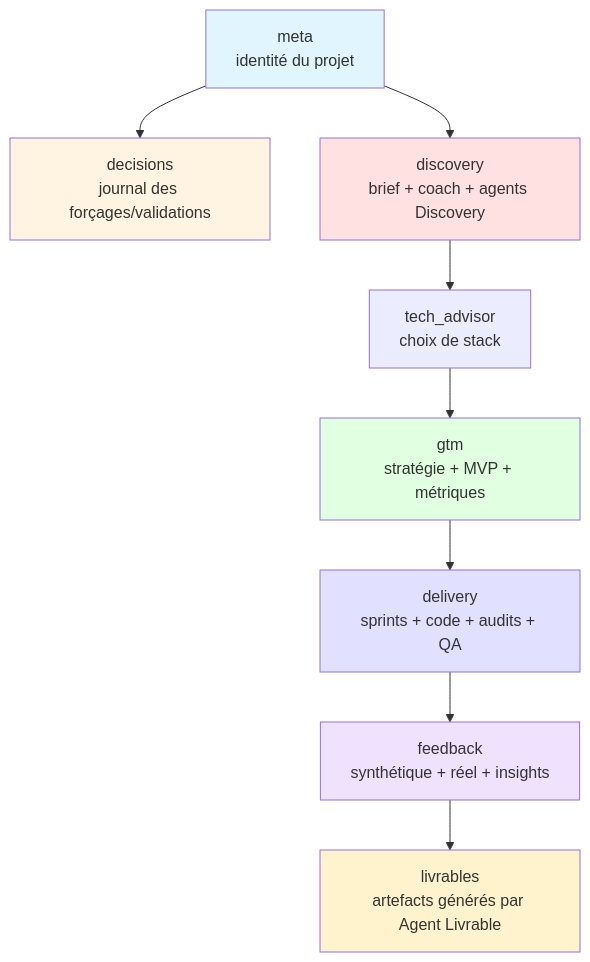
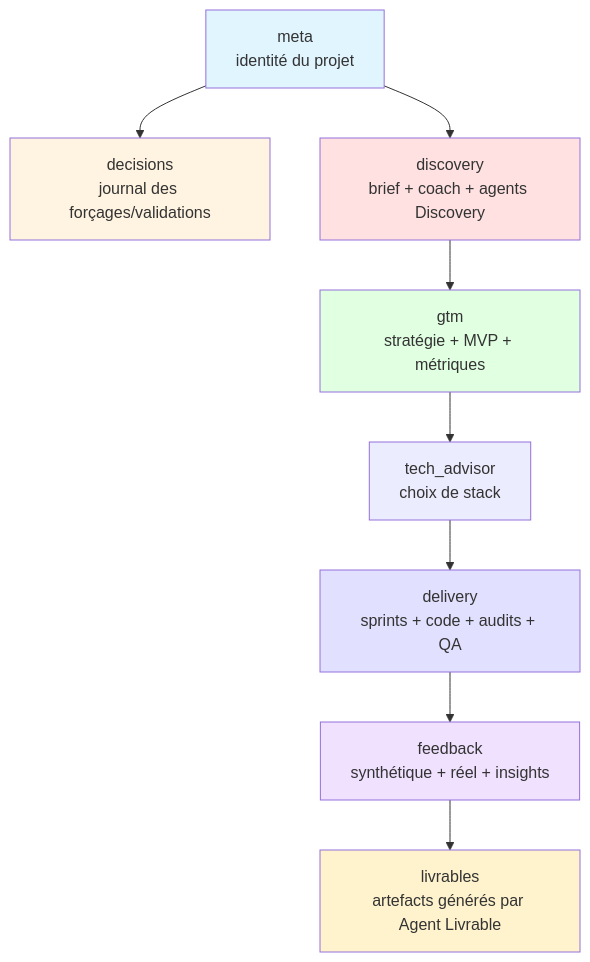
The diagram in canvas/README.md (VincentG32/solo-builder-ai), drawn with Mermaid before and after one commit. The commit also changed other lines of this file and 16 other files, not shown here.

````diff
--- a/canvas/README.md
+++ b/canvas/README.md
@@ -23,18 +23,18 @@
 ```mermaid
 flowchart TD
     A[meta<br/>identité du projet] --> B[decisions<br/>journal des forçages/validations]
     A --> C[discovery<br/>brief + coach + agents Discovery]
-    C --> D[tech_advisor<br/>choix de stack]
-    D --> E[gtm<br/>stratégie + MVP + métriques]
-    E --> F[delivery<br/>sprints + code + audits + QA]
+    C --> E[gtm<br/>stratégie + MVP + métriques]
+    E --> D[tech_advisor<br/>choix de stack]
+    D --> F[delivery<br/>sprints + code + audits + QA]
     F --> G[feedback<br/>synthétique + réel + insights]
     G --> H[livrables<br/>artefacts générés par Agent Livrable]
 
     style A fill:#e1f5ff
     style B fill:#fff4e1
     style C fill:#ffe1e1
     style E fill:#e1ffe1
     style F fill:#e1e1ff
     style G fill:#f0e1ff
     style H fill:#fff3cd
 ```
````
